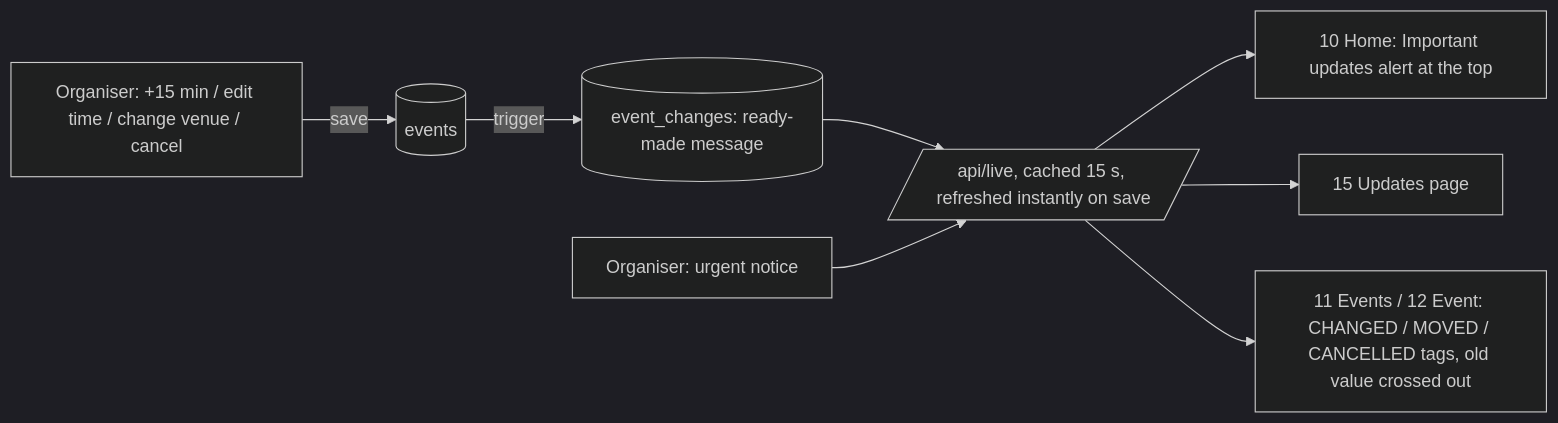
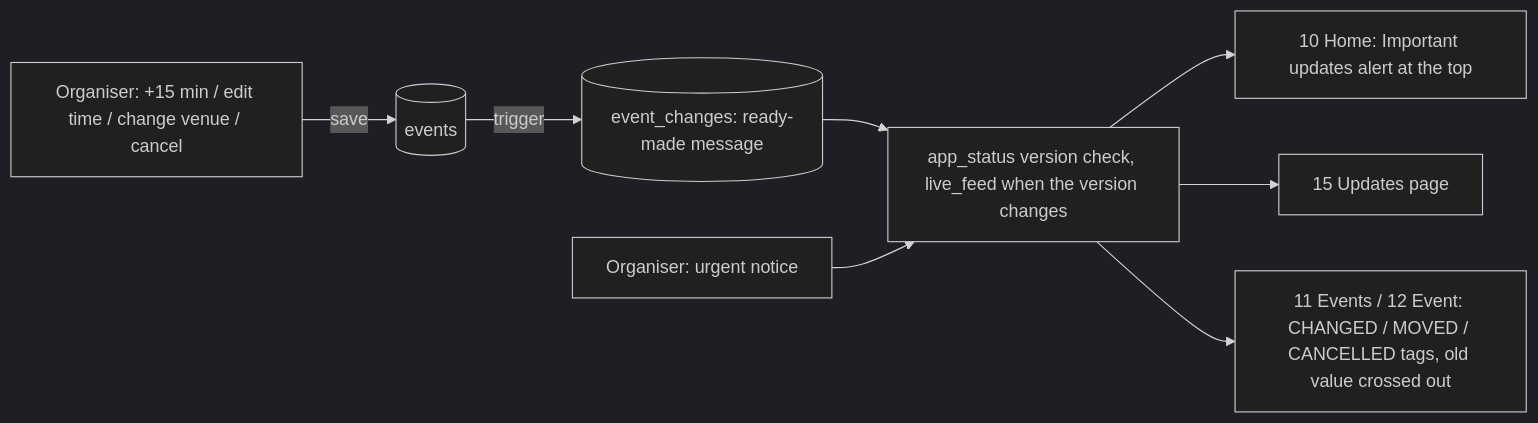
The seventh of 8 diagrams in APP_FLOW.md (vinayakbhat19/signals), drawn with Mermaid (dark theme) before and after one commit. The commit also changed other lines of this file and 251 other files, not shown here.

````diff
--- a/APP_FLOW.md
+++ b/APP_FLOW.md
@@ -155,10 +159,10 @@
 ```mermaid
 flowchart LR
   O[Organiser: +15 min / edit time / change venue / cancel] -->|save| DB[(events)]
   DB -->|trigger| CH[(event_changes: ready-made message)]
-  CH --> API[/api/live, cached 15 s, refreshed instantly on save/]
+  CH --> API[app_status version check, live_feed when the version changes]
   API --> HA[10 Home: Important updates alert at the top]
   API --> UP[15 Updates page]
   API --> EC[11 Events / 12 Event: CHANGED / MOVED / CANCELLED tags, old value crossed out]
   N[Organiser: urgent notice] --> API
 ```
````
